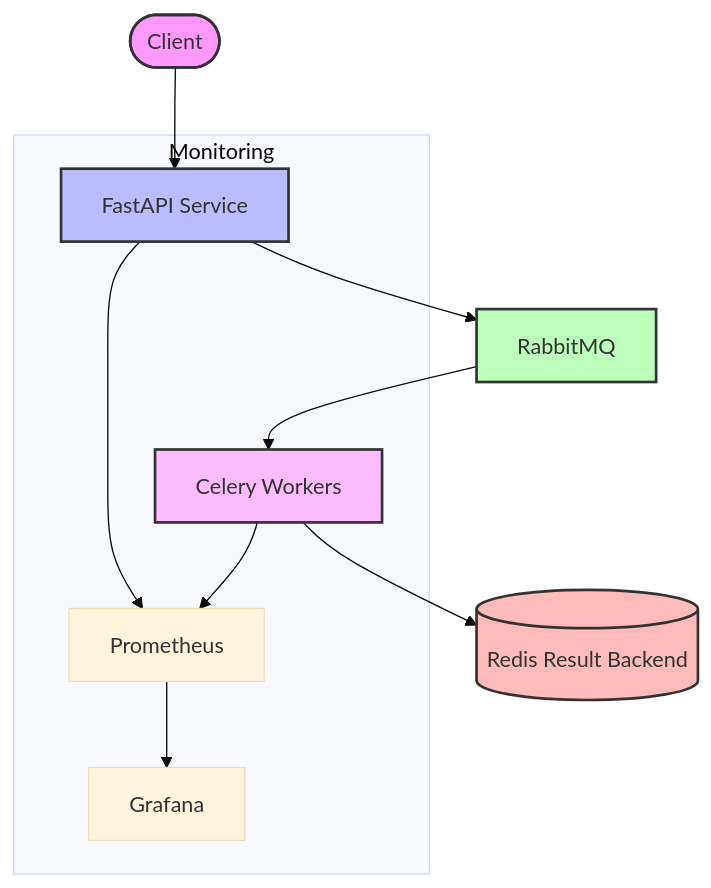
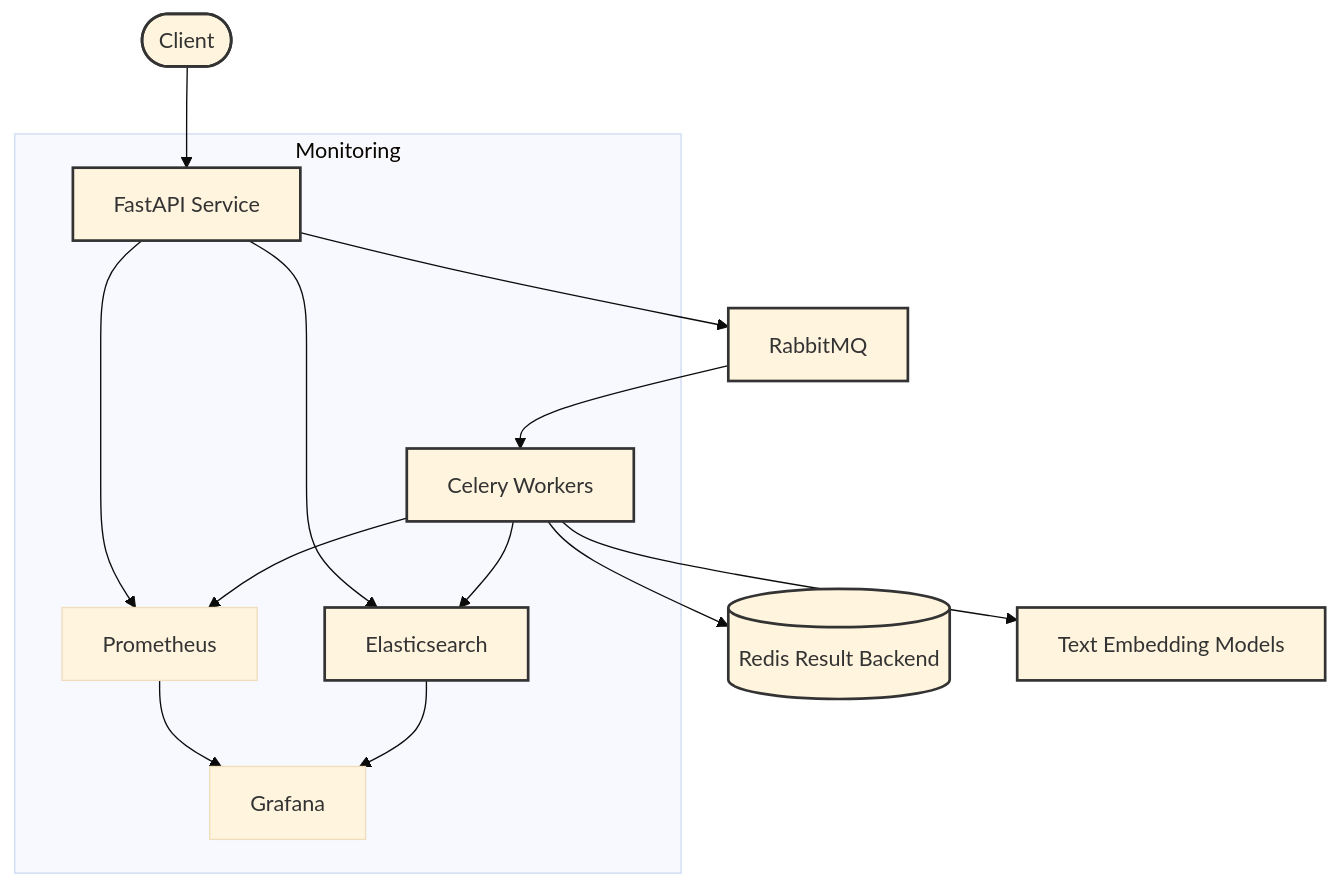
The diagram in README.md (omrylcn/serving-blueprint), drawn with Mermaid (base theme) before and after one commit. The commit also changed other lines of this file, not shown here.

````diff
--- a/README.md
+++ b/README.md
@@ -9,18 +9,23 @@
 ```mermaid
 graph TB
     Client([Client]) --> API[FastAPI Service]
     API --> Queue[RabbitMQ]
     Queue --> Workers[Celery Workers]
     Workers --> Redis[(Redis Result Backend)]
+    Workers --> Models[Text Embedding Models]
     
     subgraph Monitoring
         API & Workers --> Prometheus
+        API & Workers --> Elasticsearch
         Prometheus --> Grafana
+        Elasticsearch --> Grafana
     end
 
-    style Client fill:#f9f,stroke:#333,stroke-width:2px
-    style API fill:#bbf,stroke:#333,stroke-width:2px
-    style Queue fill:#bfb,stroke:#333,stroke-width:2px
-    style Workers fill:#fbf,stroke:#333,stroke-width:2px
-    style Redis fill:#fbb,stroke:#333,stroke-width:2px
+    style Client fill:#f1,stroke:#333,stroke-width:2px
+    style API fill:#b,stroke:#333,stroke-width:2px
+    style Queue fill:#bf,stroke:#333,stroke-width:2px
+    style Workers fill:#f,stroke:#333,stroke-width:2px
+    style Redis fill:#ff,stroke:#333,stroke-width:2px
+    style Models fill:#ff,stroke:#333,stroke-width:2px
+    style Elasticsearch fill:#f,stroke:#333,stroke-width:2px
 ```
````
